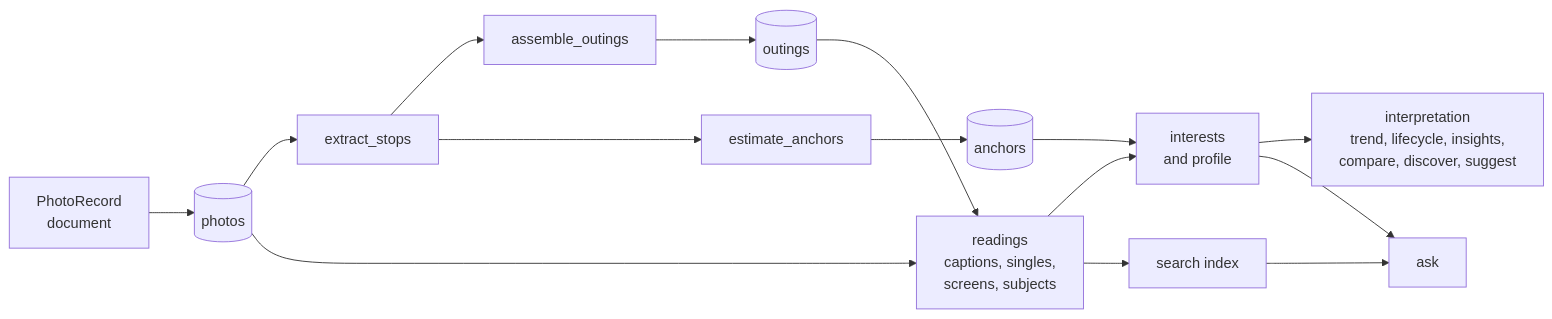
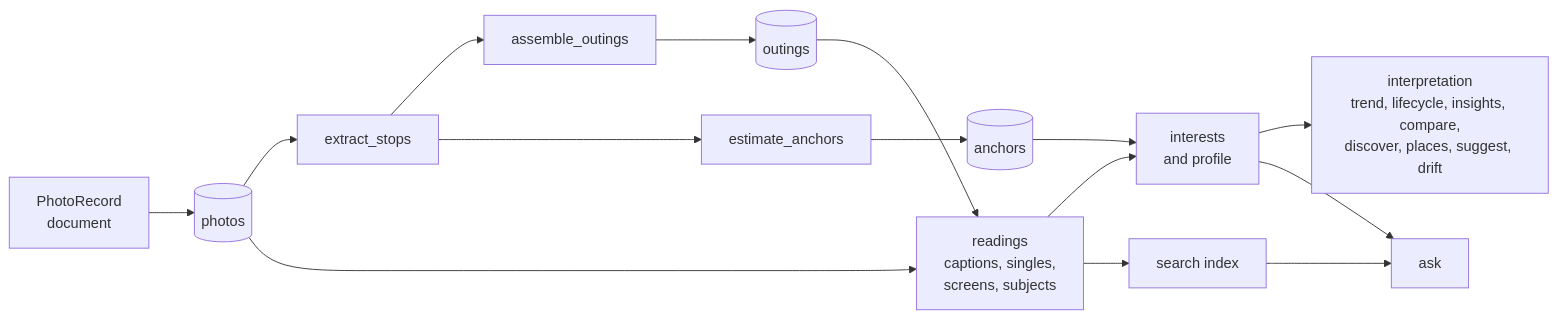
One commit to Nananananana/kiseki changed the fourth of 4 diagrams in docs/architecture.md. Above: the diagram before and after it, drawn with Mermaid. The commit also changed other lines of this file and 2 other files, not shown here.

````diff
--- a/docs/architecture.md
+++ b/docs/architecture.md
@@ -66,17 +95,17 @@
 ```mermaid
 flowchart LR
     IN["PhotoRecord<br/>document"] --> PH[("photos")]
     PH --> ST["extract_stops"]
     ST --> OA["assemble_outings"]
     ST --> AE["estimate_anchors"]
     OA --> OU[("outings")]
     AE --> AN[("anchors")]
     OU --> RD["readings<br/>captions, singles,<br/>screens, subjects"]
     PH --> RD
     RD --> PR["interests<br/>and profile"]
     AN --> PR
-    PR --> IT["interpretation<br/>trend, lifecycle, insights,<br/>compare, discover, suggest"]
+    PR --> IT["interpretation<br/>trend, lifecycle, insights, compare,<br/>discover, places, suggest, drift"]
     RD --> IX["search index"]
     IX --> AS["ask"]
     PR --> AS
 ```
````
